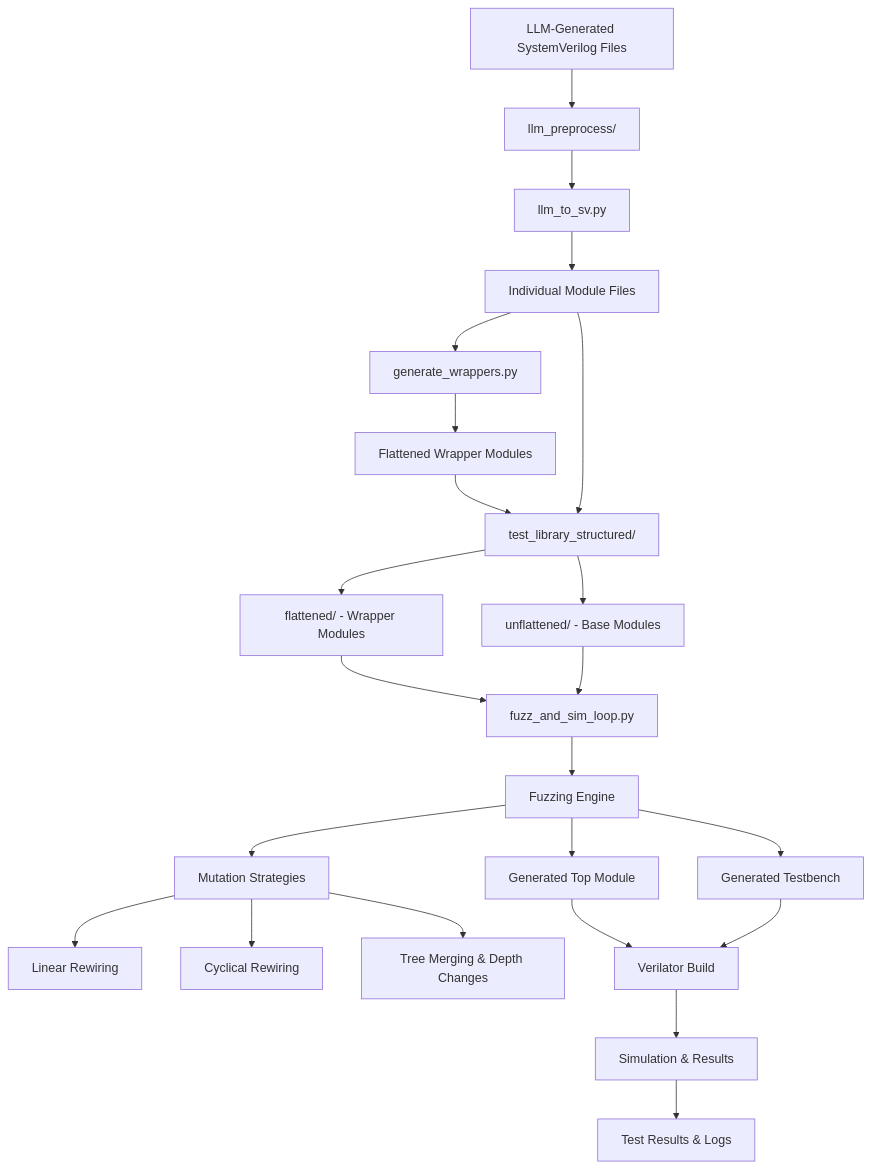
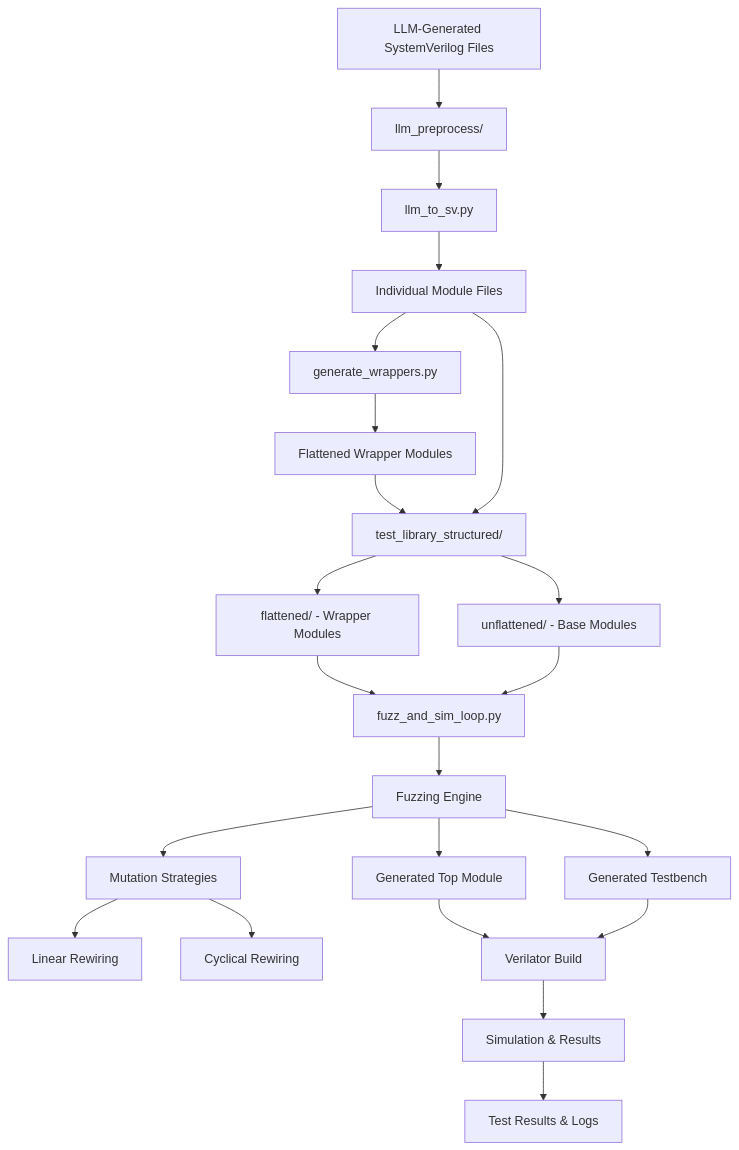
Before and after one commit to frankjinn/module-fuzz: the diagram in WORKFLOW.md, drawn with Mermaid. The commit also changed other lines of this file, not shown here.

````diff
--- a/WORKFLOW.md
+++ b/WORKFLOW.md
@@ -5,28 +5,27 @@
 ```mermaid
 graph TD
     A[LLM-Generated SystemVerilog Files] --> B[llm_preprocess/]
     B --> C[llm_to_sv.py]
     C --> D[Individual Module Files]
     D --> E[generate_wrappers.py]
     E --> F[Flattened Wrapper Modules]
     
     F --> G[test_library_structured/]
     D --> G
     G --> H[flattened/ - Wrapper Modules]
     G --> I[unflattened/ - Base Modules]
     
     H --> J[fuzz_and_sim_loop.py]
     I --> J
     J --> K[Fuzzing Engine]
     K --> L[Mutation Strategies]
     L --> M[Linear Rewiring]
     L --> N[Cyclical Rewiring]
-    L --> O[Tree Merging & Depth Changes]
     
     K --> P[Generated Top Module]
     K --> Q[Generated Testbench]
     P --> R[Verilator Build]
     Q --> R
     R --> S[Simulation & Results]
     S --> T[Test Results & Logs]
 ```
````
